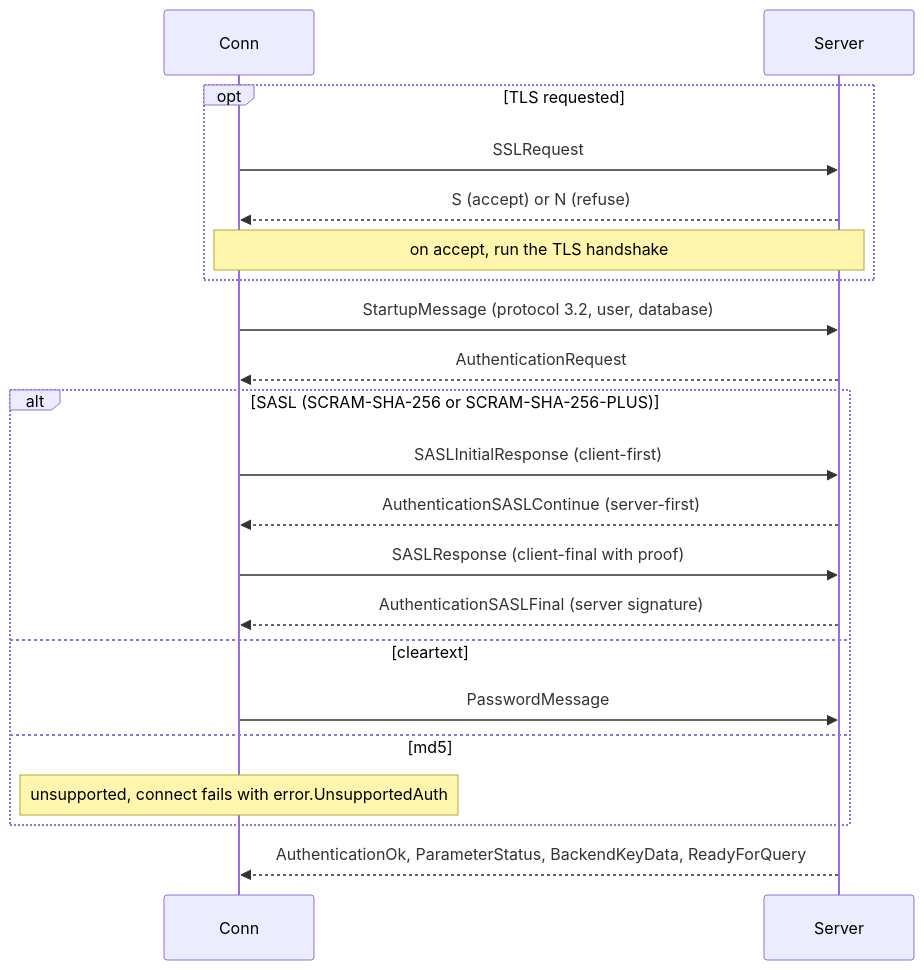
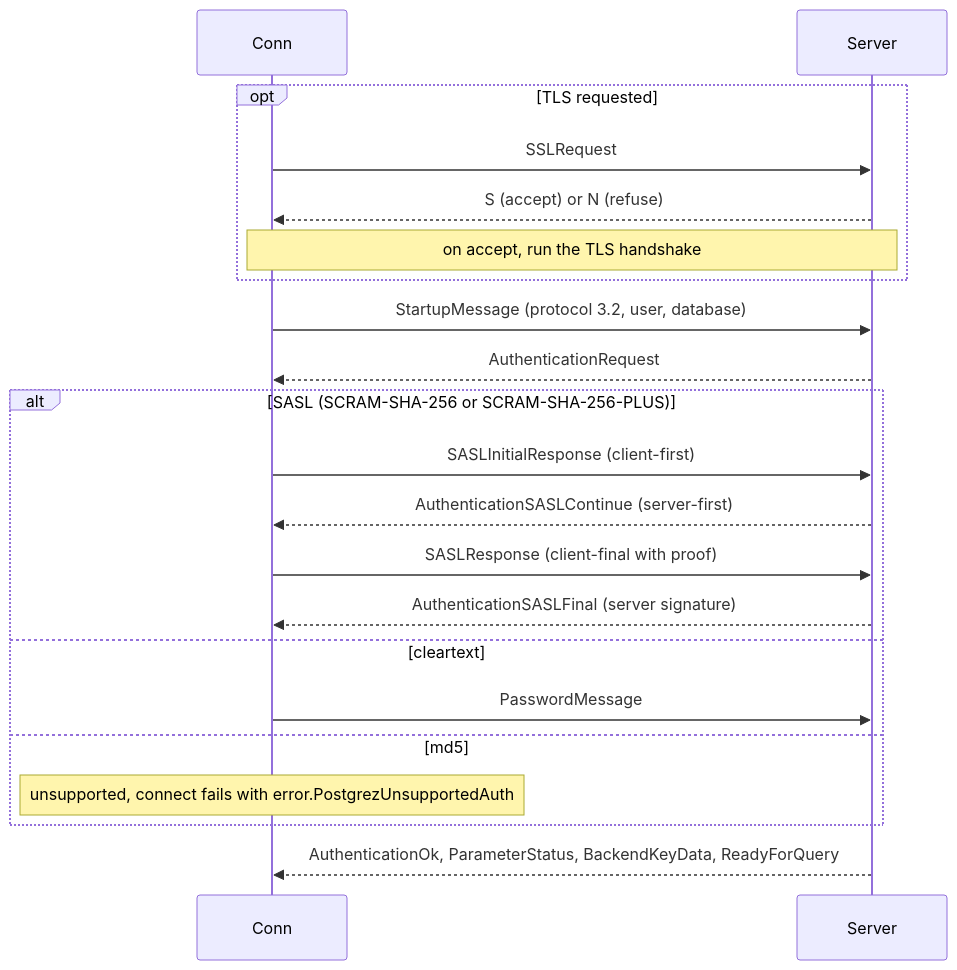
Before and after one commit to prothegee/zix: the first of 5 diagrams in docs/driver/postgrez/lld-en.md, drawn with Mermaid. The commit also changed other lines of this file and 410 other files, not shown here.

````diff
--- a/docs/driver/postgrez/lld-en.md
+++ b/docs/driver/postgrez/lld-en.md
@@ -11,23 +11,23 @@
 ```mermaid
 sequenceDiagram
     participant C as Conn
     participant S as Server
     opt TLS requested
         C->>S: SSLRequest
         S-->>C: S (accept) or N (refuse)
         Note over C,S: on accept, run the TLS handshake
     end
     C->>S: StartupMessage (protocol 3.2, user, database)
     S-->>C: AuthenticationRequest
     alt SASL (SCRAM-SHA-256 or SCRAM-SHA-256-PLUS)
         C->>S: SASLInitialResponse (client-first)
         S-->>C: AuthenticationSASLContinue (server-first)
         C->>S: SASLResponse (client-final with proof)
         S-->>C: AuthenticationSASLFinal (server signature)
     else cleartext
         C->>S: PasswordMessage
     else md5
-        Note over C: unsupported, connect fails with error.UnsupportedAuth
+        Note over C: unsupported, connect fails with error.PostgrezUnsupportedAuth
     end
     S-->>C: AuthenticationOk, ParameterStatus, BackendKeyData, ReadyForQuery
 ```
````
